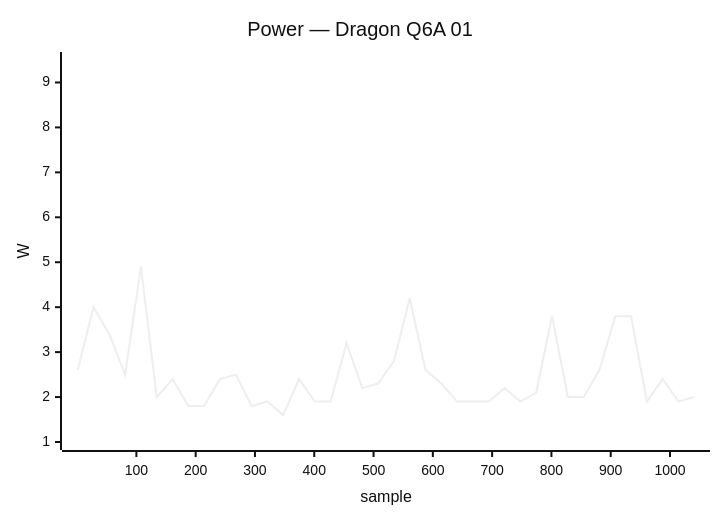
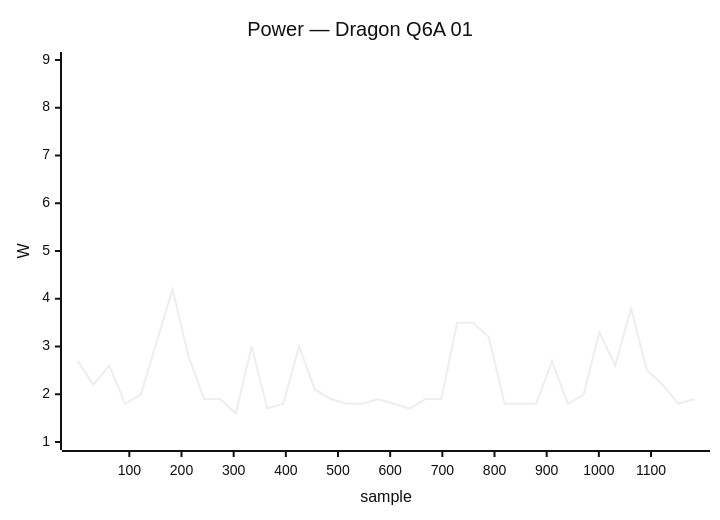
Diagram 18 of 50 in docs/status/board-tests.md (armbian/documentation), drawn with Mermaid (neutral theme) before and after one commit. The commit also changed other lines of this file, not shown here.

````diff
--- a/docs/status/board-tests.md
+++ b/docs/status/board-tests.md
@@ -671,7 +903,7 @@
 ```mermaid
 xychart-beta
     title "Power — Dragon Q6A 01"
-    x-axis "sample" 1 --> 1041
-    y-axis "W" 1.0 --> 9.5
-    line [2.6, 4.0, 3.4, 2.5, 4.9, 2.0, 2.4, 1.8, 1.8, 2.4, 2.5, 1.8, 1.9, 1.6, 2.4, 1.9, 1.9, 3.2, 2.2, 2.3, 2.8, 4.2, 2.6, 2.3, 1.9, 1.9, 1.9, 2.2, 1.9, 2.1, 3.8, 2.0, 2.0, 2.6, 3.8, 3.8, 1.9, 2.4, 1.9, 2.0]
+    x-axis "sample" 1 --> 1183
+    y-axis "W" 1.0 --> 9.0
+    line [2.7, 2.2, 2.6, 1.8, 2.0, 3.1, 4.2, 2.8, 1.9, 1.9, 1.6, 3.0, 1.7, 1.8, 3.0, 2.1, 1.9, 1.8, 1.8, 1.9, 1.8, 1.7, 1.9, 1.9, 3.5, 3.5, 3.2, 1.8, 1.8, 1.8, 2.7, 1.8, 2.0, 3.3, 2.6, 3.8, 2.5, 2.2, 1.8, 1.9]
 ```
````
